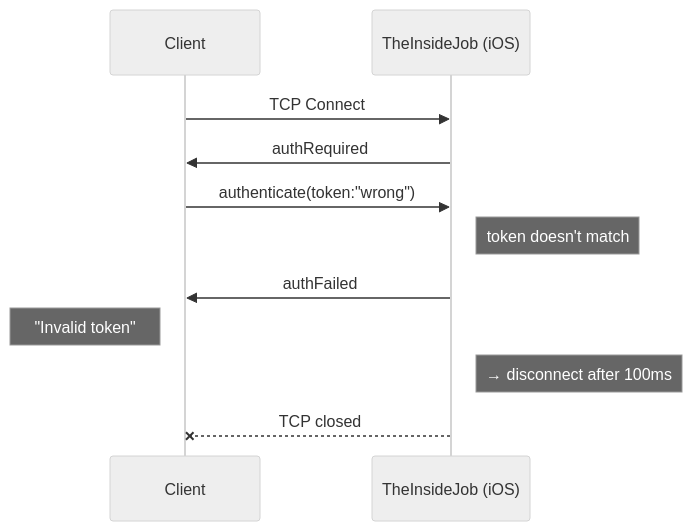
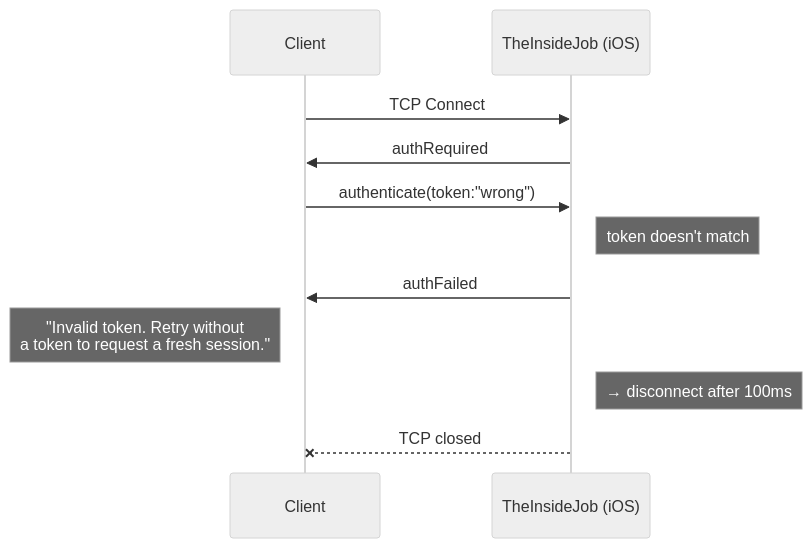
Before and after one commit to RoyalPineapple/TheButtonHeist: the fifth of 5 diagrams in docs/AUTH.md, drawn with Mermaid (neutral theme). The commit also changed other lines of this file and 15 other files, not shown here.

````diff
--- a/docs/AUTH.md
+++ b/docs/AUTH.md
@@ -136,14 +134,14 @@
 ```mermaid
 sequenceDiagram
     participant Client
     participant TheInsideJob as TheInsideJob (iOS)
 
     Client->>TheInsideJob: TCP Connect
     TheInsideJob->>Client: authRequired
     Client->>TheInsideJob: authenticate(token:"wrong")
     Note right of TheInsideJob: token doesn't match
     TheInsideJob->>Client: authFailed
-    Note left of Client: "Invalid token"
+    Note left of Client: "Invalid token. Retry without<br/>a token to request a fresh session."
     Note right of TheInsideJob: → disconnect after 100ms
     TheInsideJob--xClient: TCP closed
 ```
````
